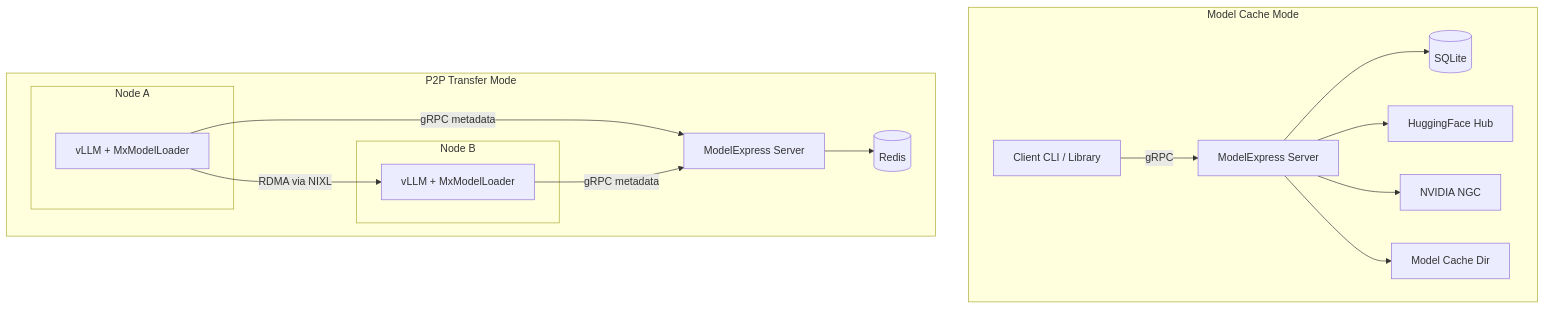
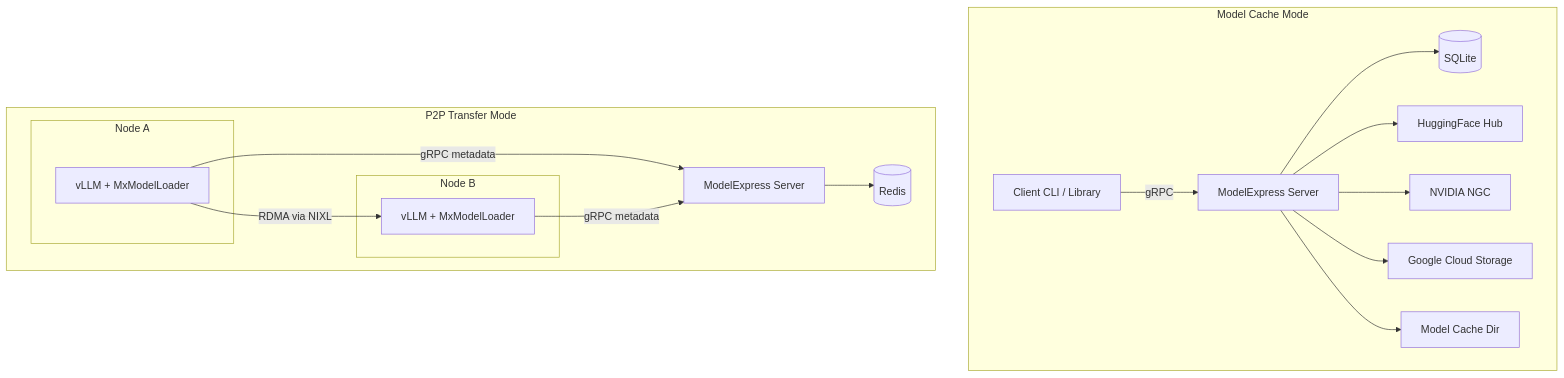
One commit to ai-dynamo/modelexpress changed the first of 2 diagrams in docs/ARCHITECTURE.md. Above: the diagram before and after it, drawn with Mermaid. The commit also changed other lines of this file and 3 other files, not shown here.

````diff
--- a/docs/ARCHITECTURE.md
+++ b/docs/ARCHITECTURE.md
@@ -26,23 +26,24 @@
 ```mermaid
 graph TD
     subgraph "Model Cache Mode"
         C1[Client CLI / Library] -->|gRPC| S1[ModelExpress Server]
         S1 --> DB[(SQLite)]
         S1 --> HF[HuggingFace Hub]
         S1 --> NGC[NVIDIA NGC]
+        S1 --> GCS[Google Cloud Storage]
         S1 --> Cache[Model Cache Dir]
     end
 
     subgraph "P2P Transfer Mode"
         subgraph "Node A"
             A[vLLM + MxModelLoader]
         end
         subgraph "Node B"
             B[vLLM + MxModelLoader]
         end
         A -->|gRPC metadata| S2[ModelExpress Server]
         B -->|gRPC metadata| S2
         S2 --> R[(Redis)]
         A -- "RDMA via NIXL" --> B
     end
 ```
````
